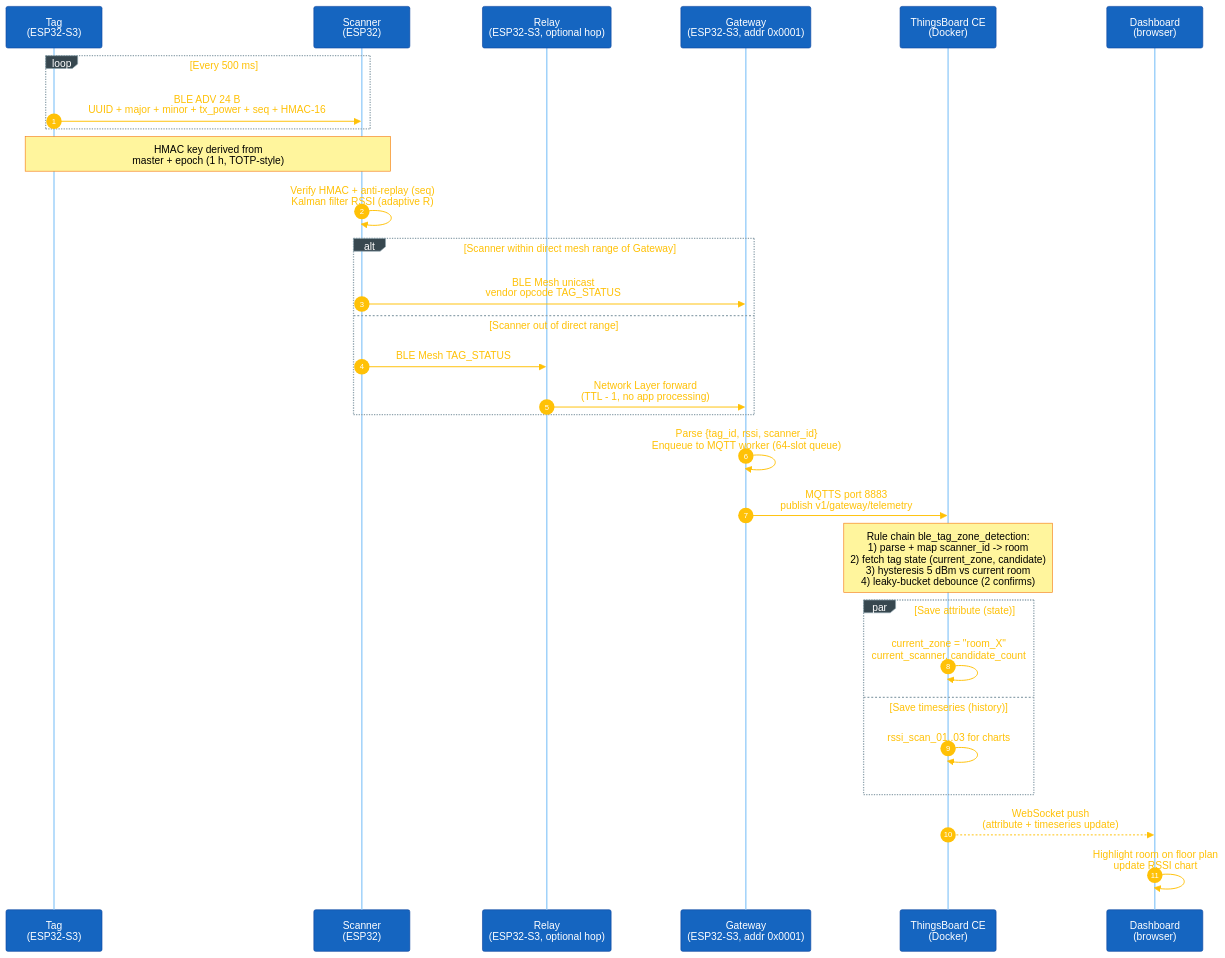
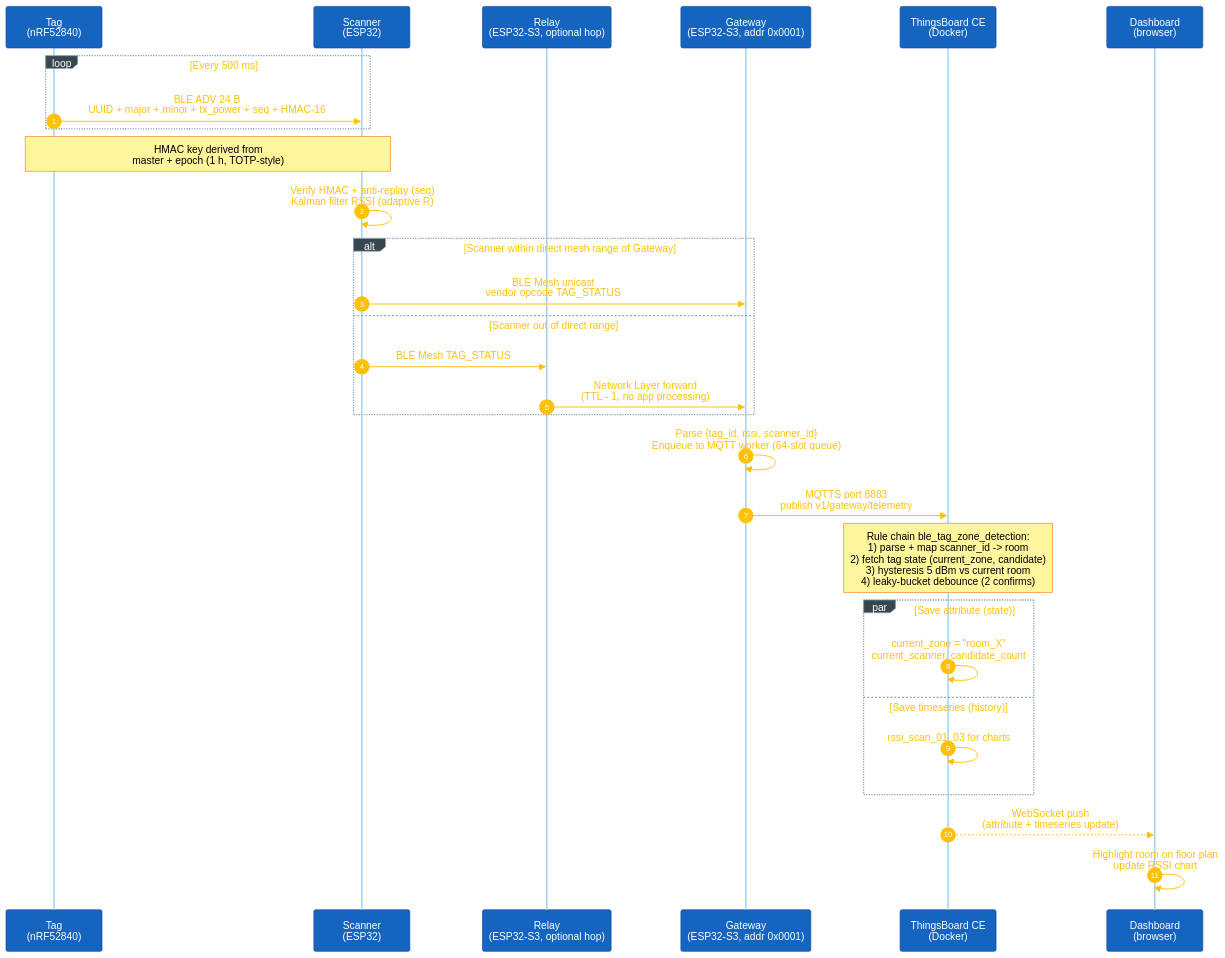
The diagram in README.md (caotrongphuoc/ble-mesh-tracking), drawn with Mermaid before and after one commit. The commit also changed other lines of this file, not shown here.

````diff
--- a/README.md
+++ b/README.md
@@ -118,39 +98,39 @@
 ```mermaid
 %%{init: {'theme':'base','themeVariables':{'fontSize':'18px','primaryColor':'#1565c0','primaryTextColor':'#ffffff','primaryBorderColor':'#0d47a1','lineColor':'#90a4ae','signalColor':'#ffc107','signalTextColor':'#ffc107','actorBkg':'#1565c0','actorBorder':'#0d47a1','actorTextColor':'#ffffff','actorLineColor':'#90caf9','noteBkgColor':'#fff59d','noteTextColor':'#000000','noteBorderColor':'#f57f17','activationBkgColor':'#66bb6a','activationBorderColor':'#2e7d32','sequenceNumberColor':'#ffffff','loopTextColor':'#ffc107','labelBoxBkgColor':'#37474f','labelBoxBorderColor':'#90a4ae','labelTextColor':'#ffffff'},'sequence':{'actorMargin':90,'messageFontSize':16,'noteFontSize':14,'actorFontSize':16,'boxMargin':12,'boxTextMargin':6,'noteMargin':10,'useMaxWidth':true}}}%%
 sequenceDiagram
     autonumber
-    participant T as Tag<br/>(ESP32-S3)
+    participant T as Tag<br/>(nRF52840)
     participant S as Scanner<br/>(ESP32)
     participant R as Relay<br/>(ESP32-S3, optional hop)
     participant G as Gateway<br/>(ESP32-S3, addr 0x0001)
     participant TB as ThingsBoard CE<br/>(Docker)
     participant D as Dashboard<br/>(browser)
 
     loop Every 500 ms
         T->>S: BLE ADV 24 B<br/>UUID + major + minor + tx_power + seq + HMAC-16
     end
     Note over T,S: HMAC key derived from<br/>master + epoch (1 h, TOTP-style)
 
     S->>S: Verify HMAC + anti-replay (seq)<br/>Kalman filter RSSI (adaptive R)
 
     alt Scanner within direct mesh range of Gateway
         S->>G: BLE Mesh unicast<br/>vendor opcode TAG_STATUS
     else Scanner out of direct range
         S->>R: BLE Mesh TAG_STATUS
         R->>G: Network Layer forward<br/>(TTL - 1, no app processing)
     end
 
     G->>G: Parse {tag_id, rssi, scanner_id}<br/>Enqueue to MQTT worker (64-slot queue)
     G->>TB: MQTTS port 8883<br/>publish v1/gateway/telemetry
 
     Note over TB: Rule chain ble_tag_zone_detection:<br/>1) parse + map scanner_id -> room<br/>2) fetch tag state (current_zone, candidate)<br/>3) hysteresis 5 dBm vs current room<br/>4) leaky-bucket debounce (2 confirms)
 
     par Save attribute (state)
         TB->>TB: current_zone = "room_X"<br/>current_scanner, candidate_count
     and Save timeseries (history)
         TB->>TB: rssi_scan_01..03 for charts
     end
 
     TB-->>D: WebSocket push<br/>(attribute + timeseries update)
     D->>D: Highlight room on floor plan<br/>update RSSI chart
 ```
````
